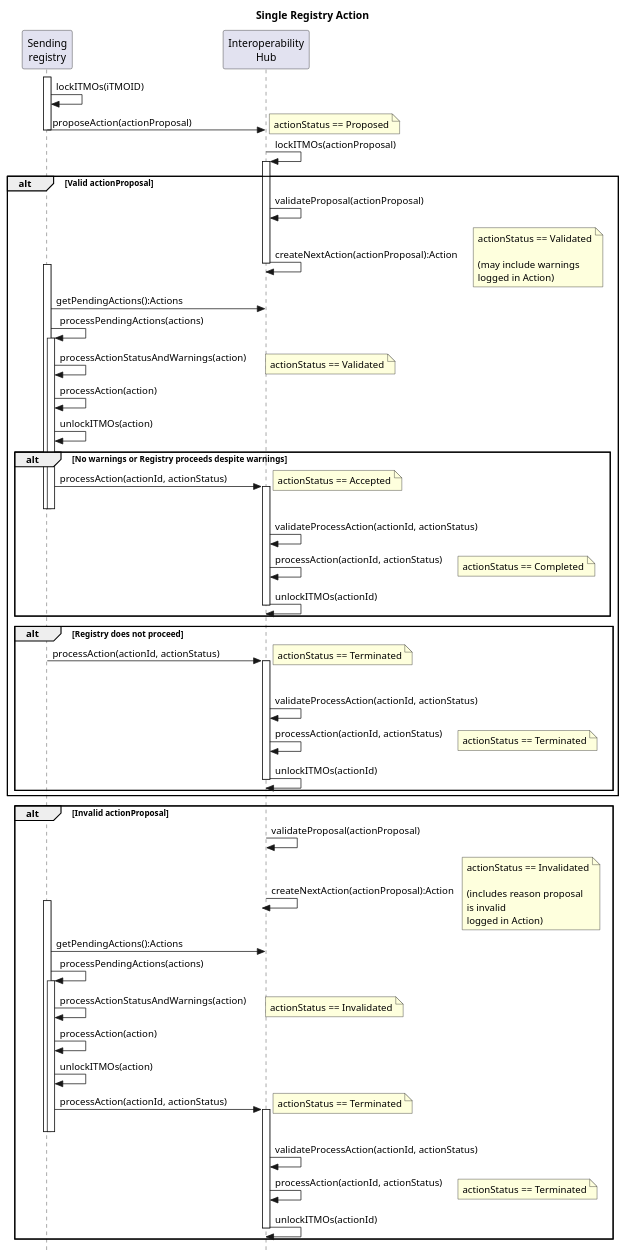
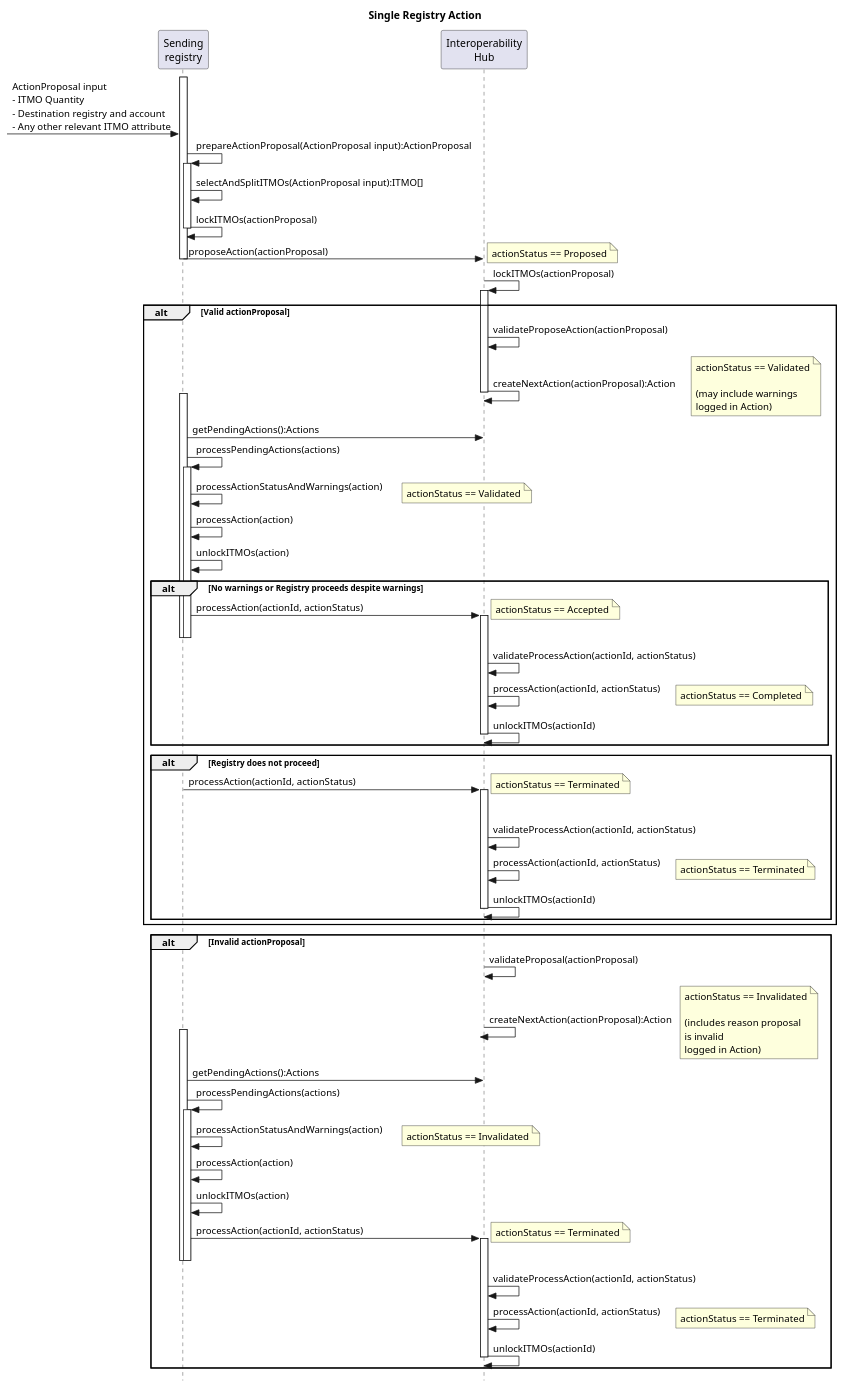
Before and after one commit to frankcnng/CARP: the diagram in diagrams/Single Registry Action Sequence.puml, drawn with PlantUML.

Commit message:
Update Single Registry Action Sequence.puml

```diff
--- a/diagrams/Single Registry Action Sequence.puml
+++ b/diagrams/Single Registry Action Sequence.puml
@@ -1,92 +1,95 @@
-@startuml Single Registry Action
+@startuml Single Registry Action Sequence
 
 title Single Registry Action
 
 skinparam style strictuml
 
 participant "Sending\nregistry" as Sender
 participant "Interoperability\nHub" as Hub
 
 activate Sender
-Sender -> Sender: lockITMOs(iTMOID)
+[-> Sender: ActionProposal input\n- ITMO Quantity\n- Destination registry and account\n- Any other relevant ITMO attribute
+Sender -> Sender: prepareActionProposal(ActionProposal input):ActionProposal
+activate Sender
+Sender -> Sender: selectAndSplitITMOs(ActionProposal input):ITMO[]
+Sender -> Sender: lockITMOs(actionProposal)
+deactivate Sender
 Sender -> Hub : proposeAction(actionProposal)
 note right: actionStatus == Proposed
 deactivate Sender
 
 Hub -> Hub++: lockITMOs(actionProposal)
 
 alt Valid actionProposal
 
-  Hub -> Hub: validateProposal(actionProposal)
+  Hub -> Hub: validateProposeAction(actionProposal)
   Hub -> Hub--: createNextAction(actionProposal):Action
   note right: actionStatus == Validated\n\n(may include warnings\nlogged in Action)
   
   activate Sender
   Sender -> Hub : getPendingActions():Actions
-  
   Sender -> Sender: processPendingActions(actions)
   activate Sender
   Sender -> Sender: processActionStatusAndWarnings(action)
   note right: actionStatus == Validated
   Sender -> Sender: processAction(action)
   Sender -> Sender: unlockITMOs(action)
 
   alt No warnings or Registry proceeds despite warnings
 
     Sender -> Hub++: processAction(actionId, actionStatus)
     note right: actionStatus == Accepted
     deactivate Sender
     deactivate Sender
     Hub -> Hub: validateProcessAction(actionId, actionStatus)
     Hub -> Hub: processAction(actionId, actionStatus)
     note right: actionStatus == Completed
     Hub -> Hub--: unlockITMOs(actionId)
   
   end
   
   alt Registry does not proceed
 
     activate Sender
     activate Sender
     Sender -> Hub++: processAction(actionId, actionStatus)
     note right: actionStatus == Terminated
     deactivate Sender
     deactivate Sender
     Hub -> Hub: validateProcessAction(actionId, actionStatus)
     Hub -> Hub: processAction(actionId, actionStatus)
     note right: actionStatus == Terminated
     Hub -> Hub--: unlockITMOs(actionId)
   
   end
 end
 
 alt Invalid actionProposal
 
   Hub -> Hub: validateProposal(actionProposal)
   Hub -> Hub--: createNextAction(actionProposal):Action
   note right: actionStatus == Invalidated\n\n(includes reason proposal\nis invalid\nlogged in Action)
   
   activate Sender
   Sender -> Hub : getPendingActions():Actions
   
   Sender -> Sender: processPendingActions(actions)
   activate Sender
   Sender -> Sender: processActionStatusAndWarnings(action)
   note right: actionStatus == Invalidated
 
   Sender -> Sender: processAction(action)
   Sender -> Sender: unlockITMOs(action)
   
     Sender -> Hub++: processAction(actionId, actionStatus)
     note right: actionStatus == Terminated
     deactivate Sender
     deactivate Sender
     Hub -> Hub: validateProcessAction(actionId, actionStatus)
     Hub -> Hub: processAction(actionId, actionStatus)
     note right: actionStatus == Terminated
     Hub -> Hub--: unlockITMOs(actionId)
 
 end
 
-
 @enduml
```
